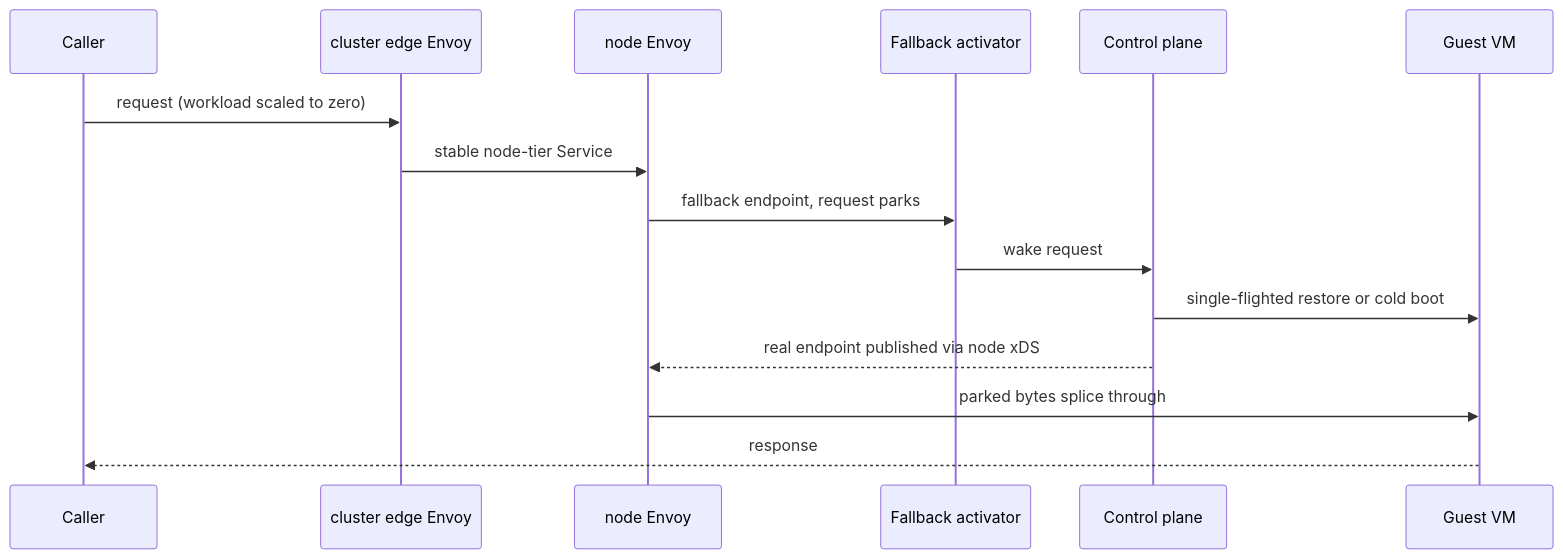
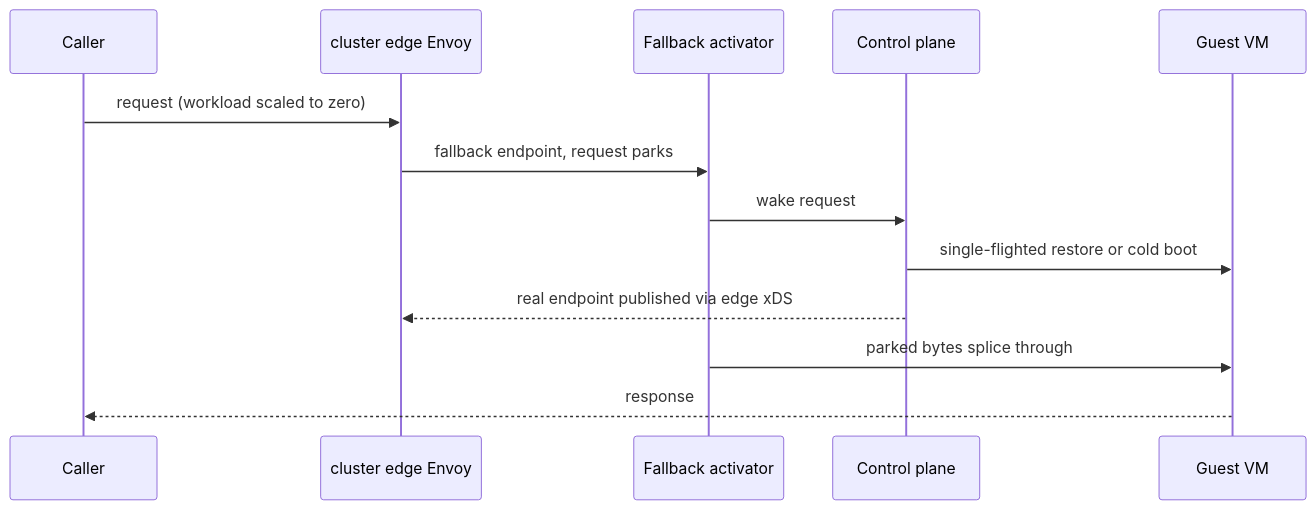
One commit to jomcgi-org/homelab changed the third of 6 diagrams in projects/embervm/ARCHITECTURE.md. Above: the diagram before and after it, drawn with Mermaid. The commit also changed other lines of this file and 20 other files, not shown here.

Commit message:
fix(embervm): isolate node endpoint churn

````diff
--- a/projects/embervm/ARCHITECTURE.md
+++ b/projects/embervm/ARCHITECTURE.md
@@ -215,17 +214,15 @@
 ```mermaid
 sequenceDiagram
     participant C as Caller
     participant E as cluster edge Envoy
-    participant N as node Envoy
     participant A as Fallback activator
     participant CP as Control plane
     participant VM as Guest VM
     C->>E: request (workload scaled to zero)
-    E->>N: stable node-tier Service
-    N->>A: fallback endpoint, request parks
+    E->>A: fallback endpoint, request parks
     A->>CP: wake request
     CP->>VM: single-flighted restore or cold boot
-    CP-->>N: real endpoint published via node xDS
-    N->>VM: parked bytes splice through
+    CP-->>E: real endpoint published via edge xDS
+    A->>VM: parked bytes splice through
     VM-->>C: response
 ```
````
